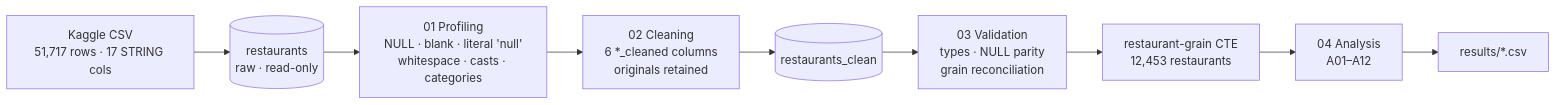
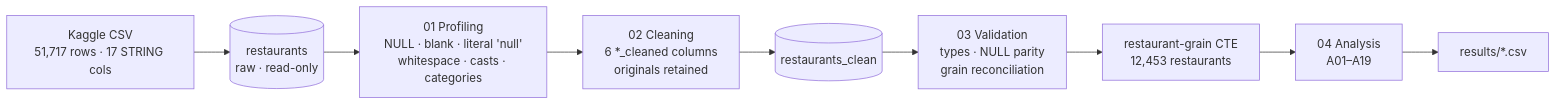
Before and after one commit to tanmaymandal0207-cmyk/zomato-bangalore-sql-analysis: the diagram in README.md, drawn with Mermaid. The commit also changed other lines of this file and 1 other file, not shown here.

````diff
--- a/README.md
+++ b/README.md
@@ -62,11 +62,11 @@
 ```mermaid
 flowchart LR
     A[Kaggle CSV<br/>51,717 rows · 17 STRING cols] --> B[(restaurants<br/>raw · read-only)]
     B --> C[01 Profiling<br/>NULL · blank · literal 'null'<br/>whitespace · casts · categories]
     C --> D[02 Cleaning<br/>6 *_cleaned columns<br/>originals retained]
     D --> E[(restaurants_clean)]
     E --> F[03 Validation<br/>types · NULL parity<br/>grain reconciliation]
     F --> G[restaurant-grain CTE<br/>12,453 restaurants]
-    G --> H[04 Analysis<br/>A01–A12]
+    G --> H[04 Analysis<br/>A01–A19]
     H --> I[results/*.csv]
 ```
````
